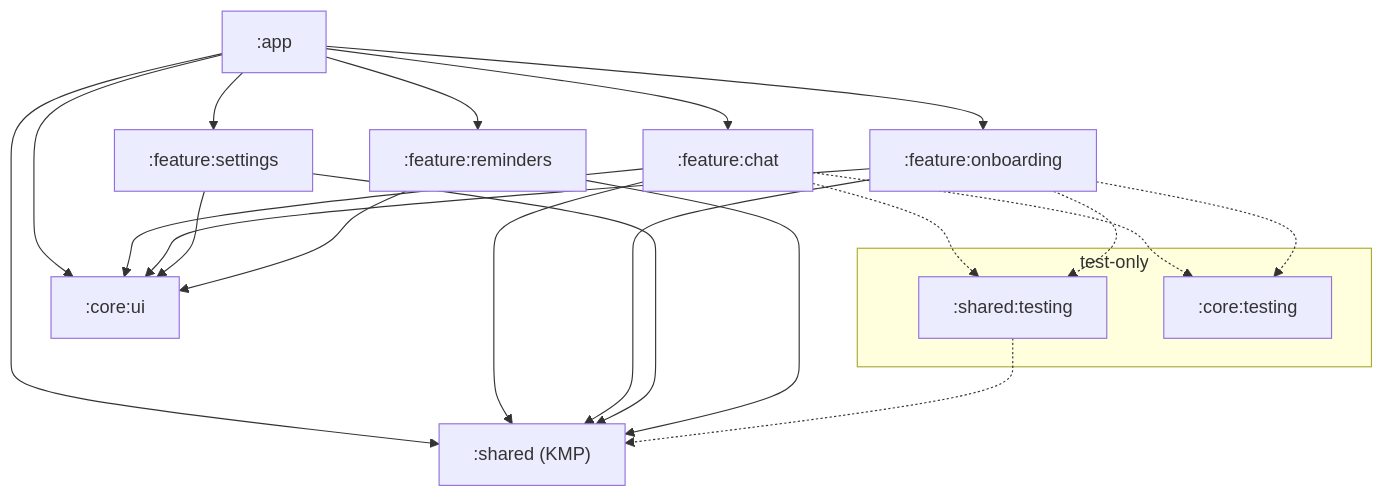
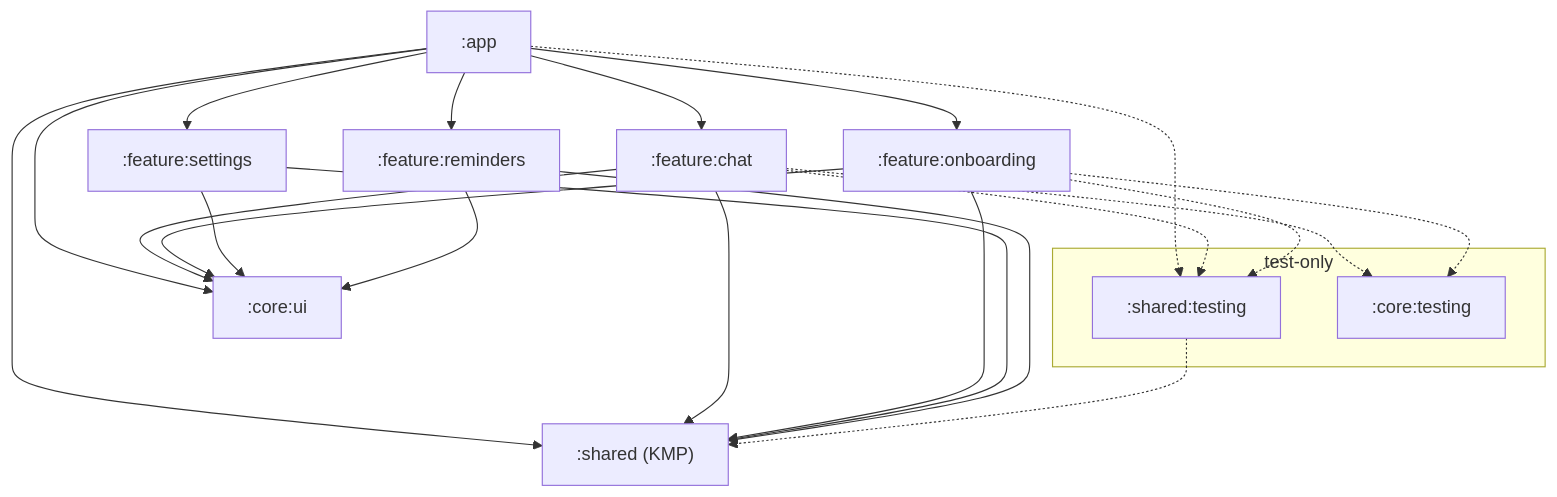
Before and after one commit to shayanhimself/Chatbot: the first of 4 diagrams in docs/architecture.md, drawn with Mermaid. The commit also changed other lines of this file and 1 other file, not shown here.

````diff
--- a/docs/architecture.md
+++ b/docs/architecture.md
@@ -12,39 +12,40 @@
 ```mermaid
 graph TD
     app[":app"]
 
     chat[":feature:chat"]
     onboarding[":feature:onboarding"]
     settings[":feature:settings"]
     reminders[":feature:reminders"]
 
     ui[":core:ui"]
     shared[":shared (KMP)"]
 
     subgraph TESTONLY["test-only"]
         sharedTest[":shared:testing"]
         coreTest[":core:testing"]
     end
 
     app --> chat
     app --> onboarding
     app --> settings
     app --> reminders
     app --> ui
     app --> shared
 
     chat --> ui
     chat --> shared
     onboarding --> ui
     onboarding --> shared
     settings --> ui
     settings --> shared
     reminders --> ui
     reminders --> shared
 
     sharedTest -.-> shared
+    app -.-> sharedTest
     chat -.-> sharedTest
     chat -.-> coreTest
     onboarding -.-> sharedTest
     onboarding -.-> coreTest
 ```
````
